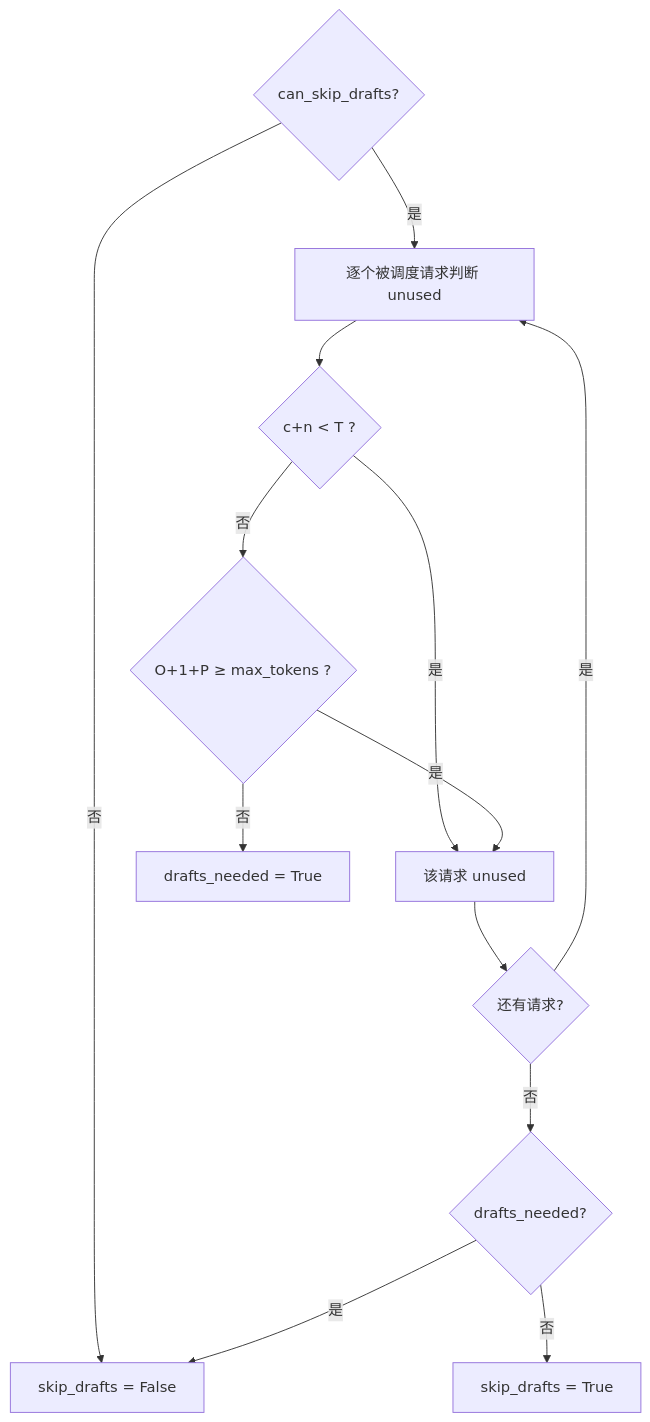
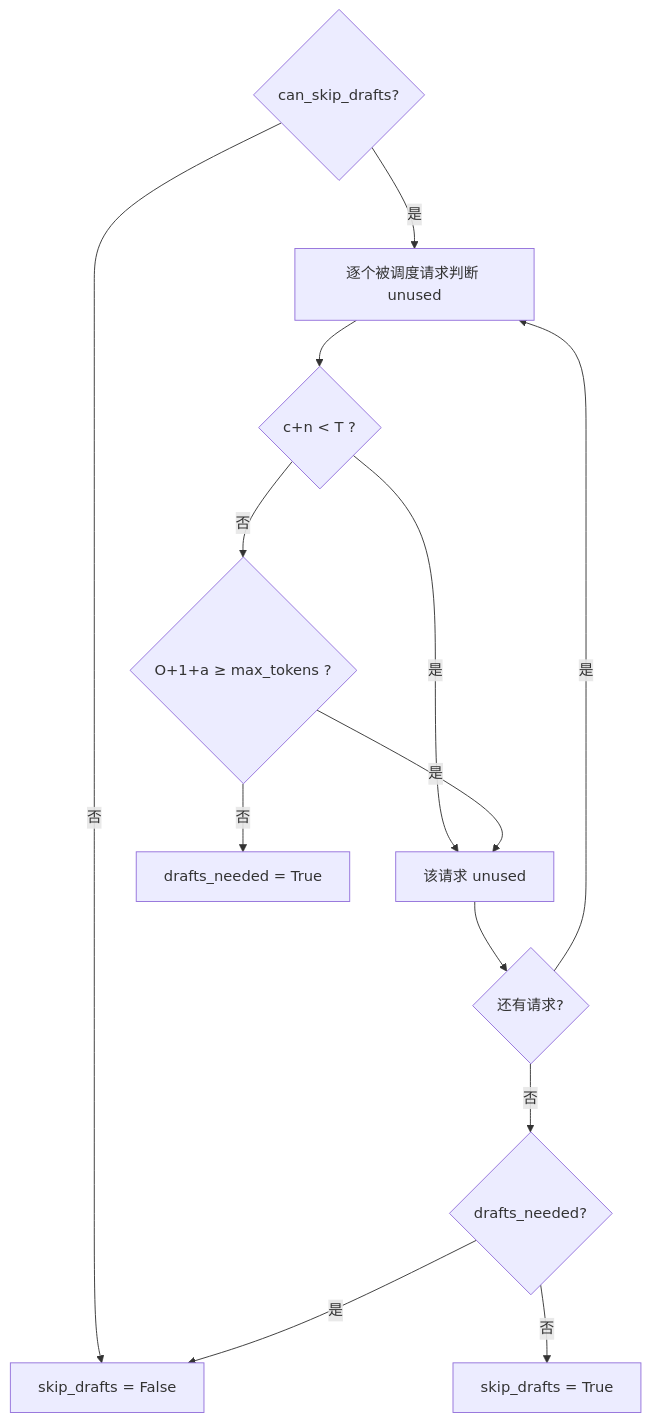
One commit to cluster1900/vllm_reader changed diagram 22 of 29 in book/04-scheduler/README.md. Above: the diagram before and after it, drawn with Mermaid. The commit also changed other lines of this file and 3 other files, not shown here.

````diff
--- a/book/04-scheduler/README.md
+++ b/book/04-scheduler/README.md
@@ -1216,15 +1224,15 @@
 ```mermaid
 flowchart TD
     A{can_skip_drafts?} -->|否| N[skip_drafts = False]
     A -->|是| B[逐个被调度请求判断 unused]
     B --> C{c+n < T ?}
     C -->|是| U[该请求 unused]
-    C -->|否| D{O+1+P ≥ max_tokens ?}
+    C -->|否| D{O+1+a ≥ max_tokens ?}
     D -->|是| U
     D -->|否| X[drafts_needed = True]
     U --> E{还有请求?}
     E -->|是| B
     E -->|否| F{drafts_needed?}
     F -->|否| S[skip_drafts = True]
     F -->|是| N
 ```
````
